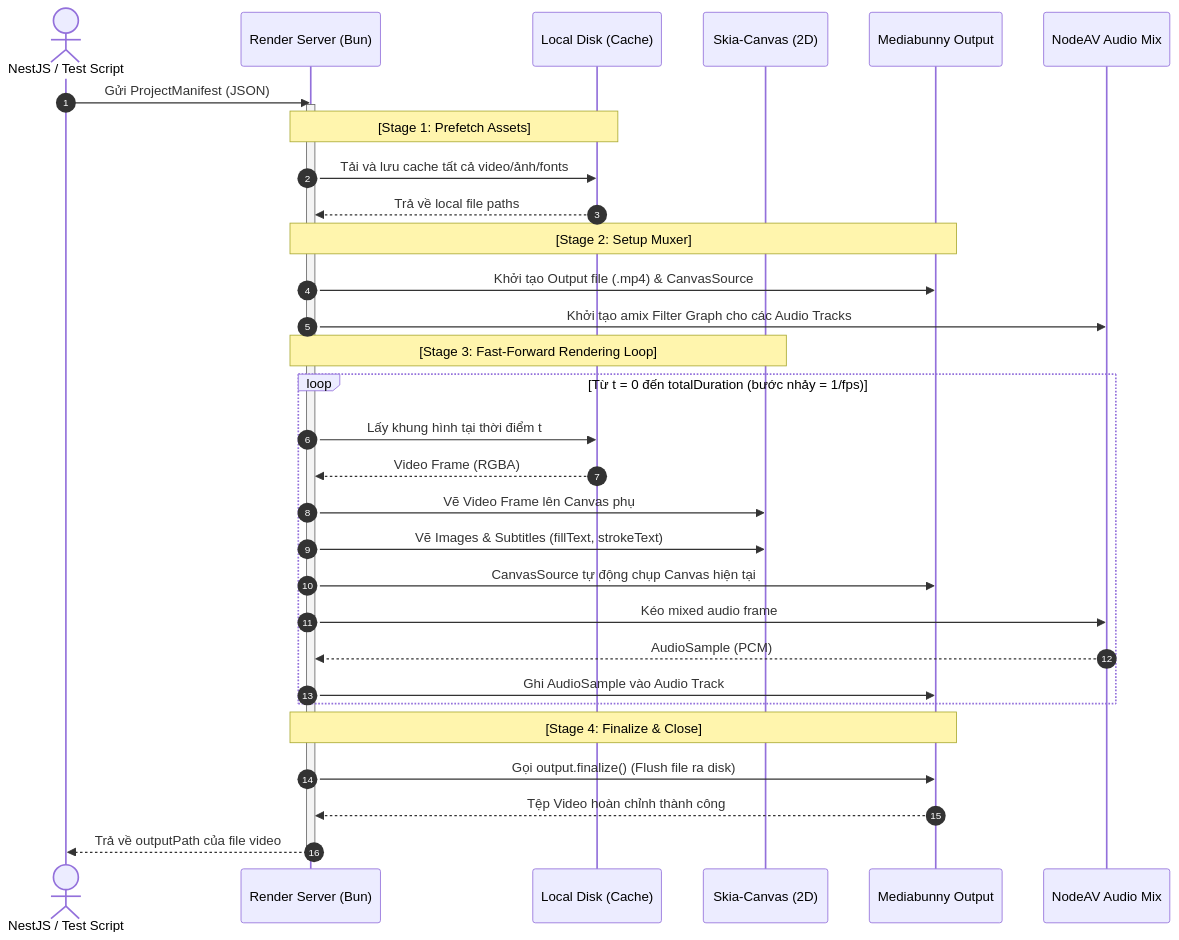
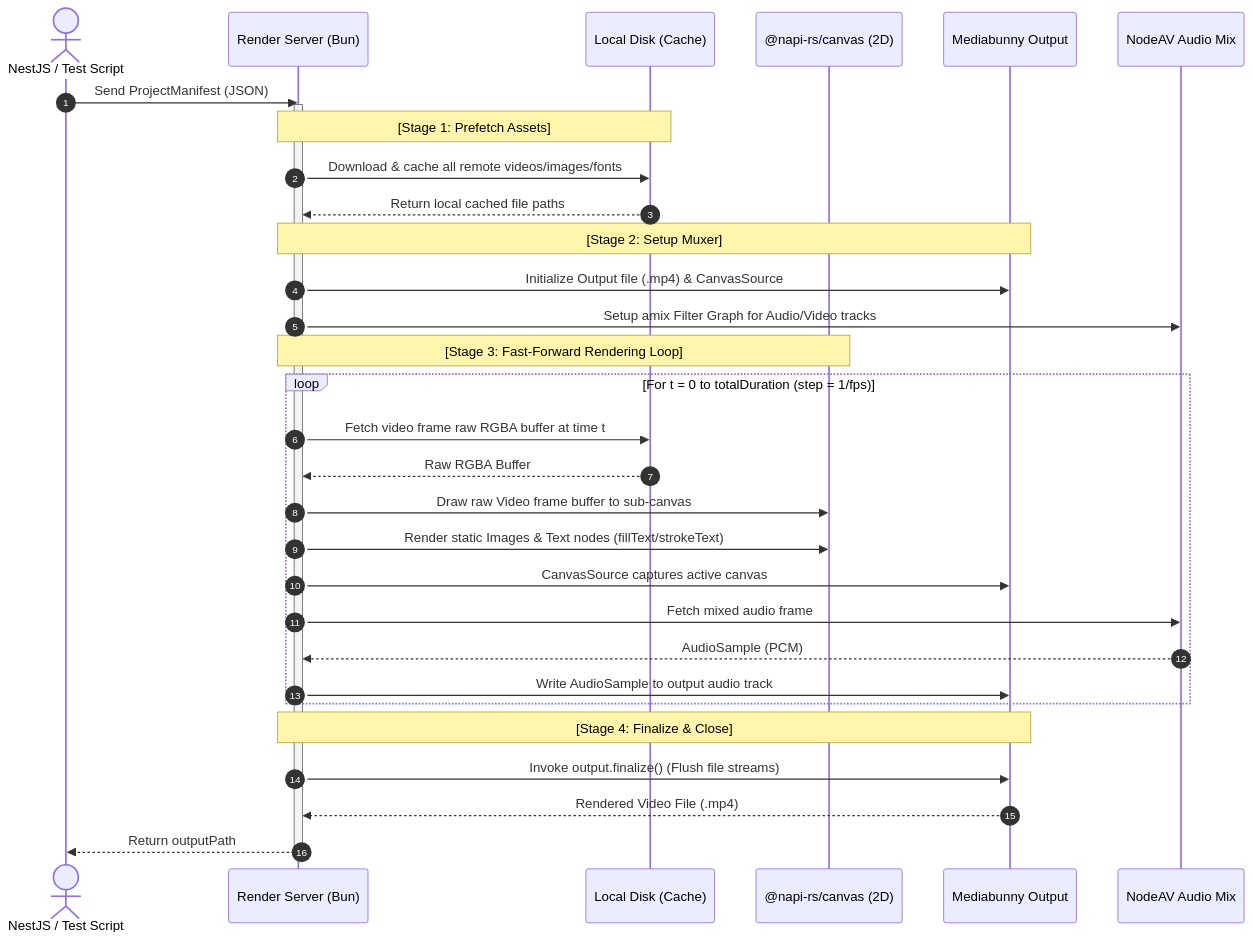
Before and after one commit to 2noScript/media-render: the fourth of 4 diagrams in docs/render_architecture_plan.md, drawn with Mermaid. The commit also changed other lines of this file and 1 other file, not shown here.

Commit message:
docs: translate design architecture documentation to English and update component naming for clarity

````diff
--- a/docs/render_architecture_plan.md
+++ b/docs/render_architecture_plan.md
@@ -144,41 +142,41 @@
 ```mermaid
 sequenceDiagram
     autonumber
     actor Client as NestJS / Test Script
     participant Server as Render Server (Bun)
     participant Disk as Local Disk (Cache)
-    participant Canvas as Skia-Canvas (2D)
+    participant Canvas as @napi-rs/canvas (2D)
     participant MB as Mediabunny Output
     participant NodeAV as NodeAV Audio Mix
 
-    Client->>Server: Gửi ProjectManifest (JSON)
+    Client->>Server: Send ProjectManifest (JSON)
     activate Server
     
     Note over Server,Disk: [Stage 1: Prefetch Assets]
-    Server->>Disk: Tải và lưu cache tất cả video/ảnh/fonts
-    Disk-->>Server: Trả về local file paths
+    Server->>Disk: Download & cache all remote videos/images/fonts
+    Disk-->>Server: Return local cached file paths
     
     Note over Server,MB: [Stage 2: Setup Muxer]
-    Server->>MB: Khởi tạo Output file (.mp4) & CanvasSource
-    Server->>NodeAV: Khởi tạo amix Filter Graph cho các Audio Tracks
+    Server->>MB: Initialize Output file (.mp4) & CanvasSource
+    Server->>NodeAV: Setup amix Filter Graph for Audio/Video tracks
     
     Note over Server,Canvas: [Stage 3: Fast-Forward Rendering Loop]
-    loop Từ t = 0 đến totalDuration (bước nhảy = 1/fps)
-        Server->>Disk: Lấy khung hình tại thời điểm t
-        Disk-->>Server: Video Frame (RGBA)
-        Server->>Canvas: Vẽ Video Frame lên Canvas phụ
-        Server->>Canvas: Vẽ Images & Subtitles (fillText, strokeText)
-        Server->>MB: CanvasSource tự động chụp Canvas hiện tại
+    loop For t = 0 to totalDuration (step = 1/fps)
+        Server->>Disk: Fetch video frame raw RGBA buffer at time t
+        Disk-->>Server: Raw RGBA Buffer
+        Server->>Canvas: Draw raw Video frame buffer to sub-canvas
+        Server->>Canvas: Render static Images & Text nodes (fillText/strokeText)
+        Server->>MB: CanvasSource captures active canvas
         
-        Server->>NodeAV: Kéo mixed audio frame
+        Server->>NodeAV: Fetch mixed audio frame
         NodeAV-->>Server: AudioSample (PCM)
-        Server->>MB: Ghi AudioSample vào Audio Track
+        Server->>MB: Write AudioSample to output audio track
     end
     
     Note over Server,MB: [Stage 4: Finalize & Close]
-    Server->>MB: Gọi output.finalize() (Flush file ra disk)
-    MB-->>Server: Tệp Video hoàn chỉnh thành công
+    Server->>MB: Invoke output.finalize() (Flush file streams)
+    MB-->>Server: Rendered Video File (.mp4)
     
-    Server-->>Client: Trả về outputPath của file video
+    Server-->>Client: Return outputPath
     deactivate Server
 ```
````
